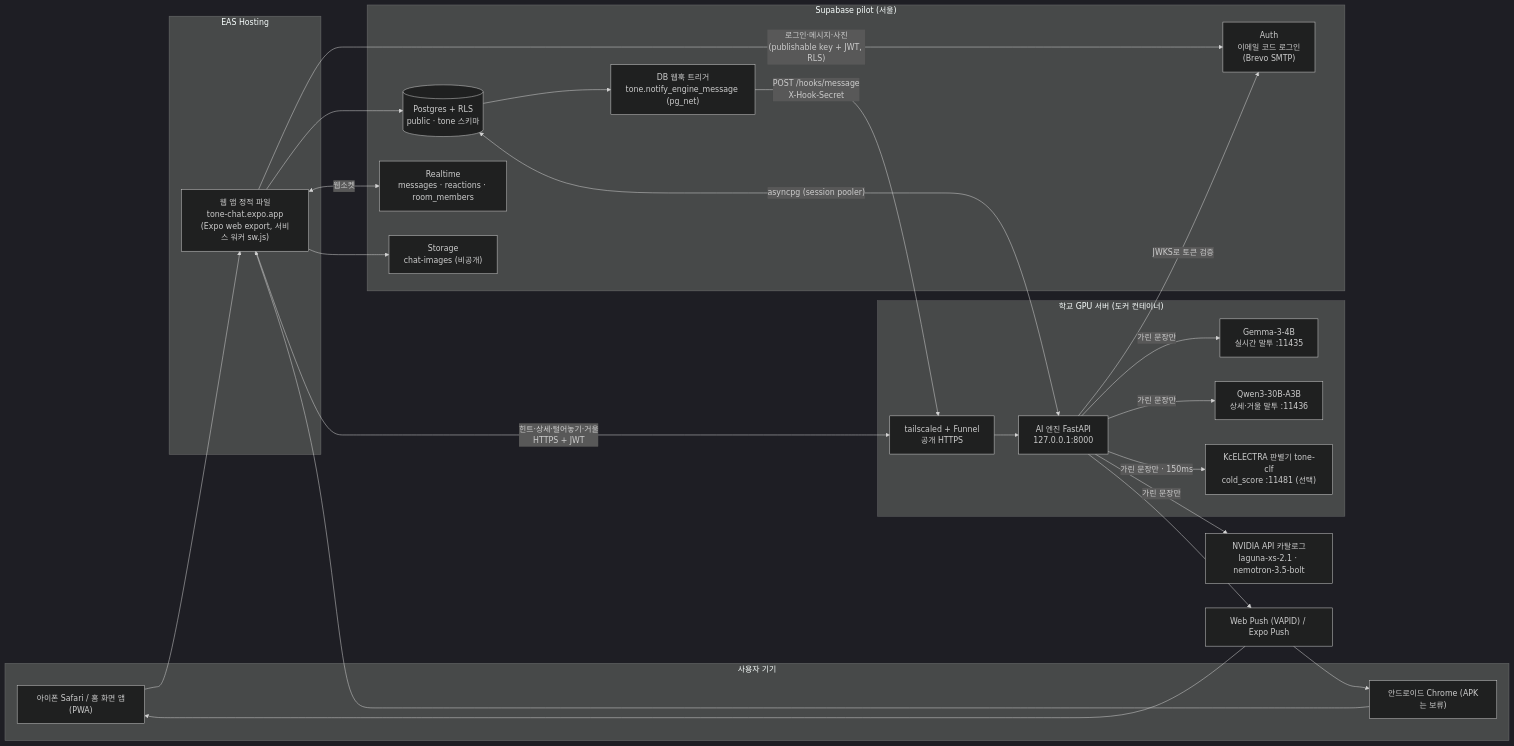
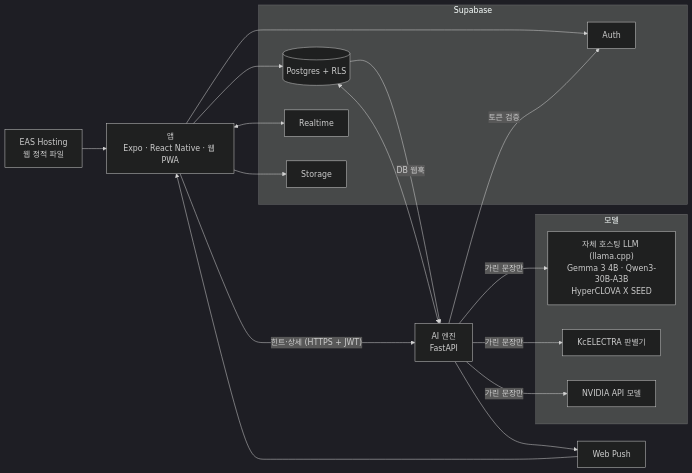
The first of 3 diagrams in docs/architecture-diagrams.md (Daegyu519/Adventure_Design), drawn with Mermaid (dark theme) before and after one commit. The commit also changed other lines of this file and 13 other files, not shown here.

````diff
--- a/docs/architecture-diagrams.md
+++ b/docs/architecture-diagrams.md
@@ -20,50 +7,33 @@
 ```mermaid
 flowchart LR
-  subgraph Devices["사용자 기기"]
-    IOS["아이폰 Safari / 홈 화면 앱(PWA)"]
-    AND["안드로이드 Chrome (APK는 보류)"]
+  APP["앱<br/>Expo · React Native · 웹 PWA"]
+  HOST["EAS Hosting<br/>웹 정적 파일"]
+  subgraph SB["Supabase"]
+    AUTH["Auth"]
+    PG[("Postgres + RLS")]
+    RT["Realtime"]
+    ST["Storage"]
   end
+  ENG["AI 엔진<br/>FastAPI"]
+  subgraph M["모델"]
+    LLM["자체 호스팅 LLM (llama.cpp)<br/>Gemma 3 4B · Qwen3-30B-A3B<br/>HyperCLOVA X SEED"]
+    CLF["KcELECTRA 판별기"]
+    NV["NVIDIA API 모델"]
+  end
+  PUSH["Web Push"]
 
-  subgraph Hosting["EAS Hosting"]
-    WEB["웹 앱 정적 파일<br/>tone-chat.expo.app<br/>(Expo web export, 서비스 워커 sw.js)"]
-  end
-
-  subgraph SB["Supabase pilot (서울)"]
-    AUTH["Auth<br/>이메일 코드 로그인<br/>(Brevo SMTP)"]
-    PG[("Postgres + RLS<br/>public · tone 스키마")]
-    RT["Realtime<br/>messages · reactions · room_members"]
-    ST["Storage<br/>chat-images (비공개)"]
-    HOOK["DB 웹훅 트리거<br/>tone.notify_engine_message (pg_net)"]
-  end
-
-  subgraph School["학교 GPU 서버 (도커 컨테이너)"]
-    TS["tailscaled + Funnel<br/>공개 HTTPS"]
-    ENG["AI 엔진 FastAPI<br/>127.0.0.1:8000"]
-    GEM["Gemma-3-4B<br/>실시간 말투 :11435"]
-    QWEN["Qwen3-30B-A3B<br/>상세·거울 말투 :11436"]
-    CLF["KcELECTRA 판별기 tone-clf<br/>cold_score :11481 (선택)"]
-  end
-
-  NV["NVIDIA API 카탈로그<br/>laguna-xs-2.1 · nemotron-3.5-bolt"]
-  PUSH["Web Push (VAPID) / Expo Push"]
-
-  IOS --> WEB
-  AND --> WEB
-  WEB -->|"로그인·메시지·사진<br/>(publishable key + JWT, RLS)"| AUTH
-  WEB --> PG
-  WEB <-->|"웹소켓"| RT
-  WEB --> ST
-  WEB -->|"힌트·상세·털어놓기·거울<br/>HTTPS + JWT"| TS
-  TS --> ENG
-  ENG -->|"JWKS로 토큰 검증"| AUTH
-  ENG <-->|"asyncpg (session pooler)"| PG
-  PG --> HOOK
-  HOOK -->|"POST /hooks/message<br/>X-Hook-Secret"| TS
-  ENG -->|"가린 문장만"| GEM
-  ENG -->|"가린 문장만"| QWEN
-  ENG -->|"가린 문장만 · 150ms"| CLF
+  HOST --> APP
+  APP --> AUTH
+  APP --> PG
+  APP <--> RT
+  APP --> ST
+  APP -->|"힌트·상세 (HTTPS + JWT)"| ENG
+  ENG -->|"토큰 검증"| AUTH
+  ENG <--> PG
+  PG -->|"DB 웹훅"| ENG
+  ENG -->|"가린 문장만"| LLM
+  ENG -->|"가린 문장만"| CLF
   ENG -->|"가린 문장만"| NV
   ENG --> PUSH
-  PUSH --> IOS
-  PUSH --> AND
+  PUSH --> APP
 ```
````
